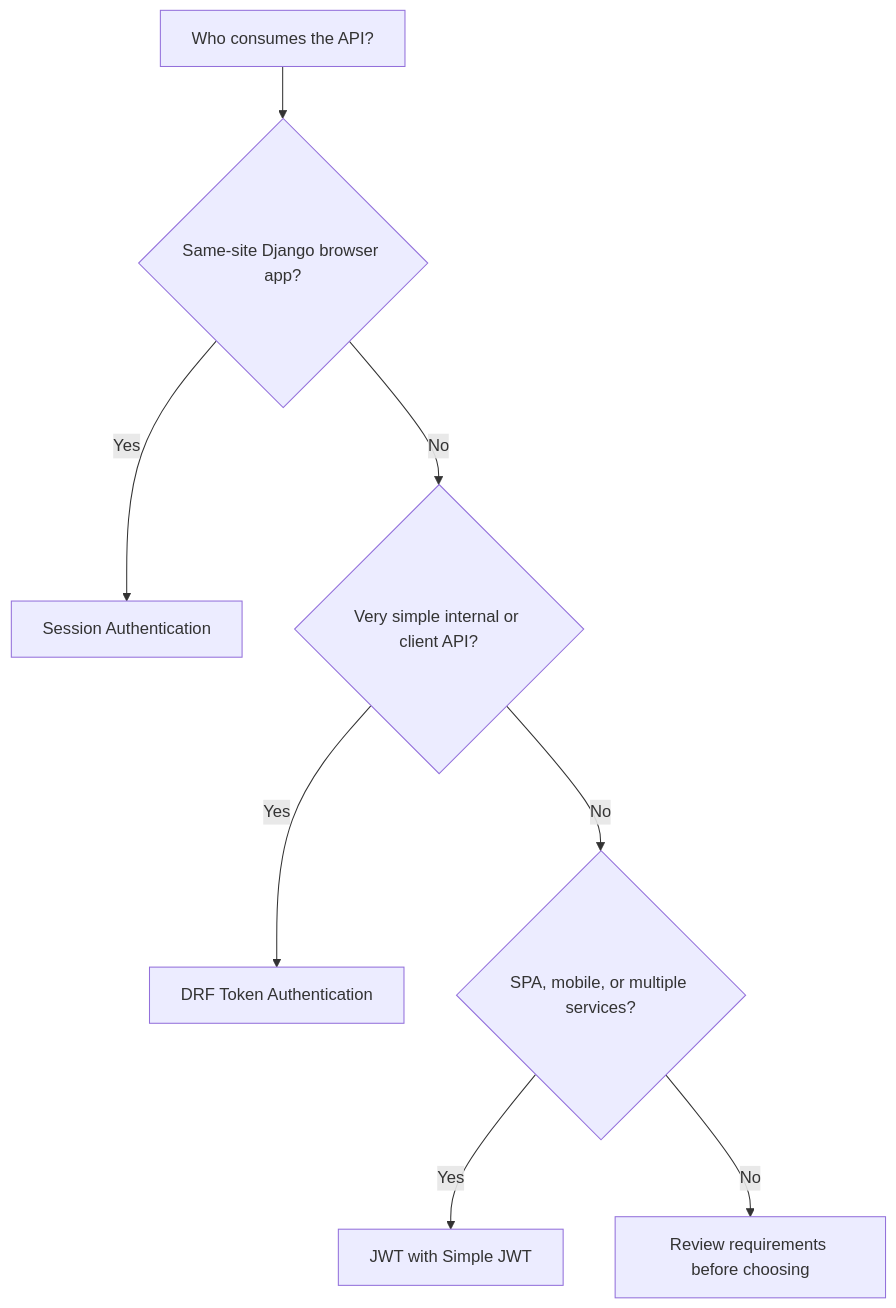
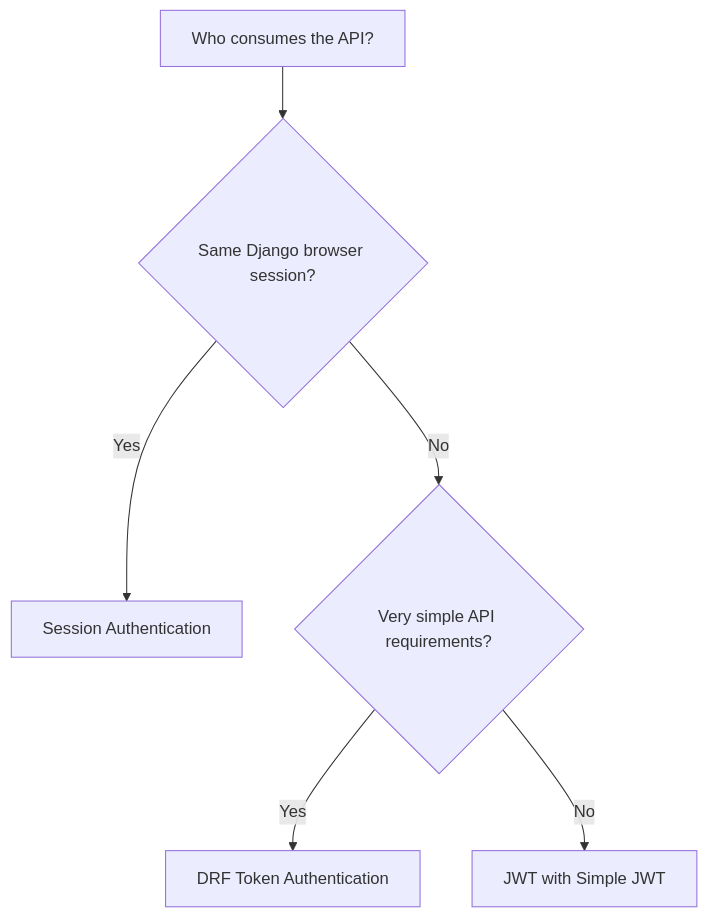
One commit to AvadhBhalodiya/Interview-Preparation changed the first of 7 diagrams in src/content/drf/authentication.md. Above: the diagram before and after it, drawn with Mermaid. The commit also changed other lines of this file and 80 other files, not shown here.

````diff
--- a/src/content/drf/authentication.md
+++ b/src/content/drf/authentication.md
@@ -23,10 +22,8 @@
 ```mermaid
 flowchart TD
-    A[Who consumes the API?] --> B{Same-site Django browser app?}
+    A[Who consumes the API?] --> B{Same Django browser session?}
     B -- Yes --> C[Session Authentication]
-    B -- No --> D{Very simple internal or client API?}
+    B -- No --> D{Very simple API requirements?}
     D -- Yes --> E[DRF Token Authentication]
-    D -- No --> F{SPA, mobile, or multiple services?}
-    F -- Yes --> G[JWT with Simple JWT]
-    F -- No --> H[Review requirements before choosing]
+    D -- No --> F[JWT with Simple JWT]
 ```
````
